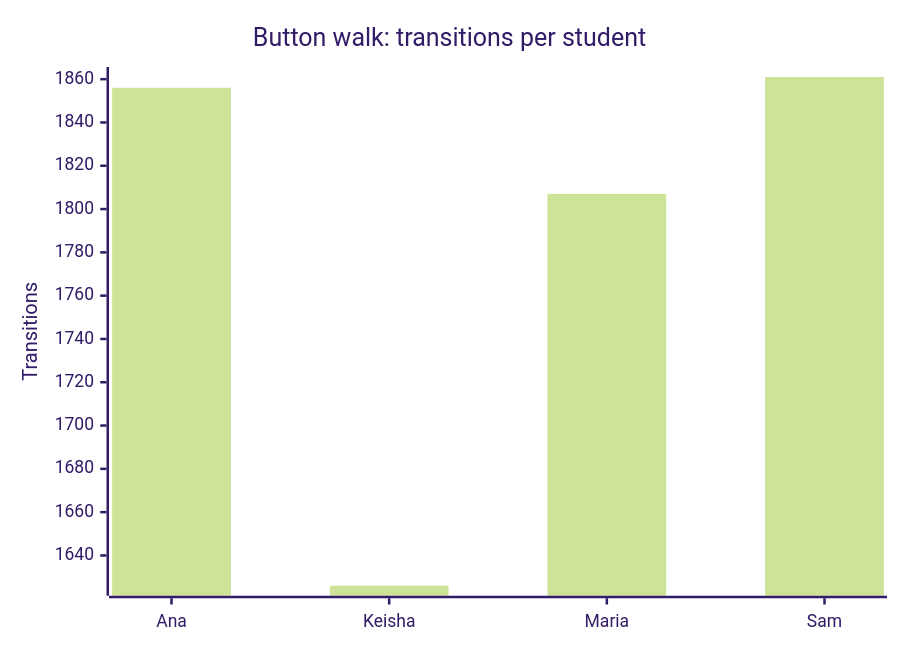
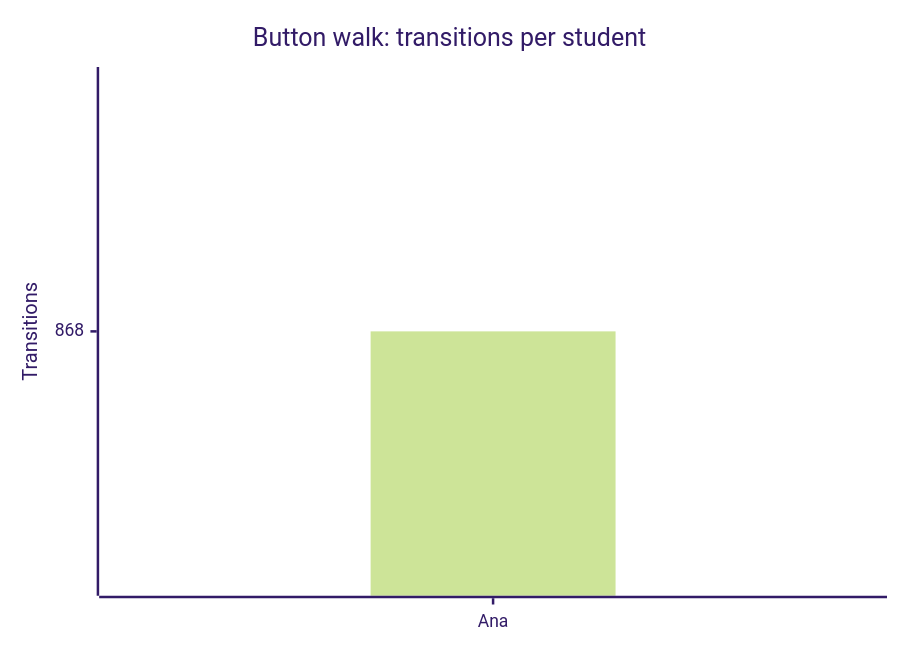
One commit to russlittle/ZTHR changed the second of 3 diagrams in docs/testing/coverage.md. Above: the diagram before and after it, drawn with Mermaid (forest theme). The commit also changed other lines of this file and 83 other files, not shown here.

````diff
--- a/docs/testing/coverage.md
+++ b/docs/testing/coverage.md
@@ -33,7 +33,7 @@
 ```mermaid
 xychart-beta
   title "Button walk: transitions per student"
-  x-axis ["Ana", "Keisha", "Maria", "Sam"]
+  x-axis ["Ana"]
   y-axis "Transitions"
-  bar [1856, 1626, 1807, 1861]
+  bar [868]
 ```
````
